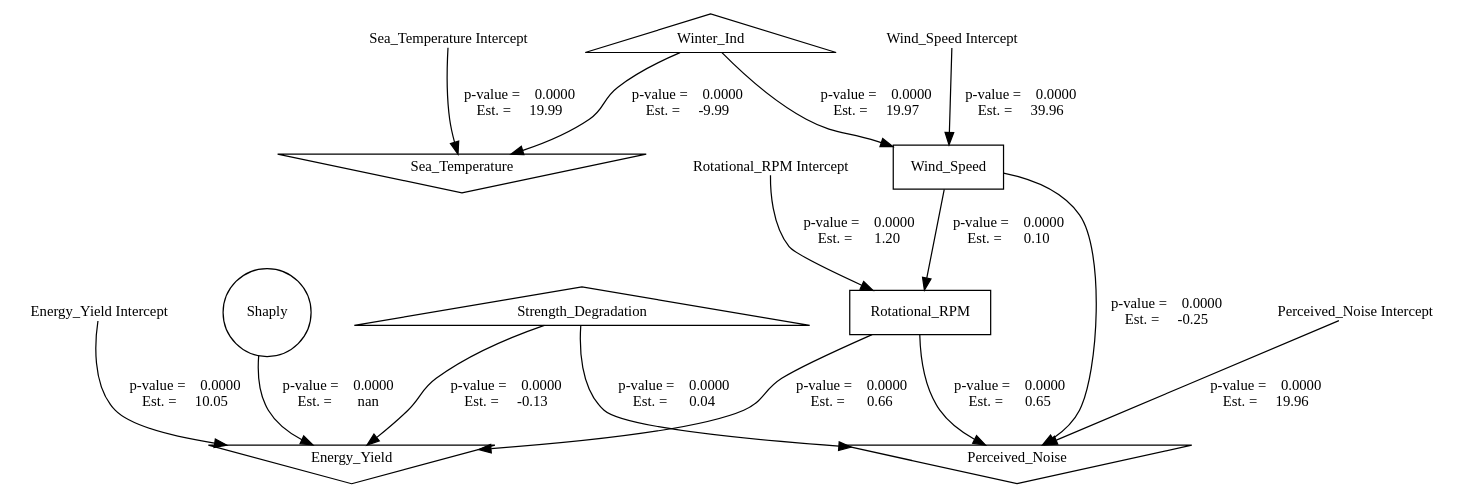
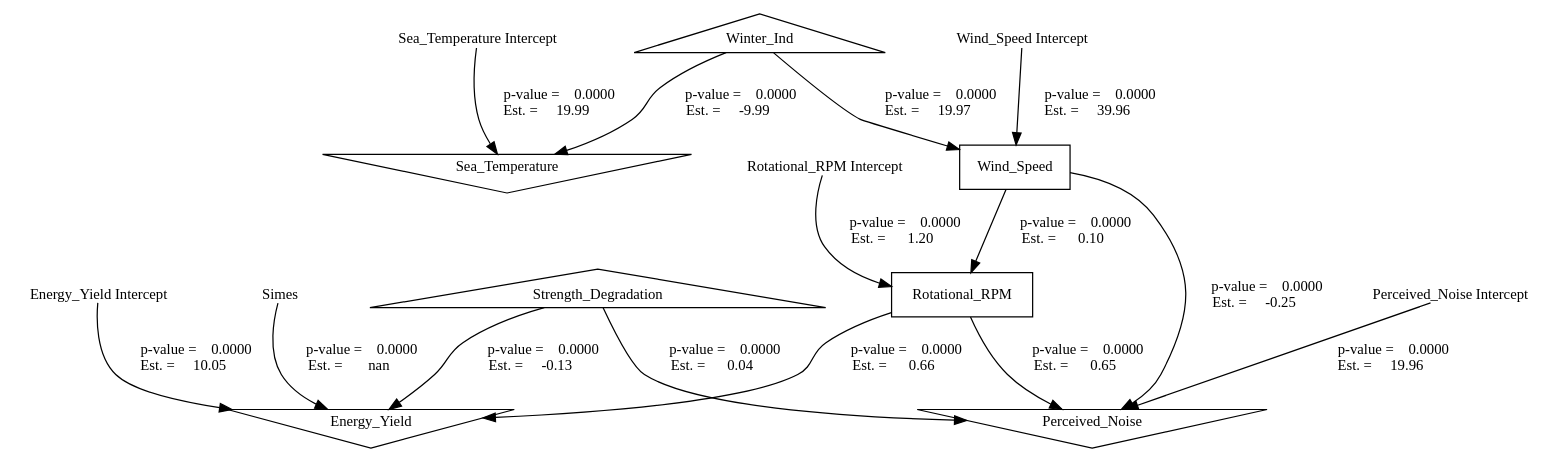
One commit to elikling/FDCR_causality changed the diagram in notebooks/FDCR_model_estimates_02.gv. Above: the diagram before and after it, drawn with Graphviz. The commit also changed 16 other files, not shown here.

```diff
--- a/notebooks/FDCR_model_estimates_02.gv
+++ b/notebooks/FDCR_model_estimates_02.gv
@@ -1,64 +1,64 @@
 digraph FDCR_model_estimates_02 {
 	overlap=scale
 	splines=True
 	edge [fontsize=12]
 	node [fillcolor=white]
 	node [color=black]
 	node [shape=""]
 	node [style=filled]
 	node [fontsize=12]
-	node [shape=circle]
-	Shaply [label=Shaply]
+	node [shape=plain]
+	Simes [label=Simes]
 	node [shape=triangle]
 	Winter_Ind [label=Winter_Ind]
 	Strength_Degradation [label=Strength_Degradation]
-	Shaply [label=Shaply]
+	Simes [label=Simes]
 	node [shape=invtriangle]
 	Sea_Temperature [label=Sea_Temperature]
 	Energy_Yield [label=Energy_Yield]
 	Perceived_Noise [label=Perceived_Noise]
 	node [shape=box]
 	Sea_Temperature [label=Sea_Temperature]
 	Wind_Speed [label=Wind_Speed]
 	Rotational_RPM [label=Rotational_RPM]
 	Energy_Yield [label=Energy_Yield]
 	Perceived_Noise [label=Perceived_Noise]
 	Winter_Ind [label=Winter_Ind]
 	Strength_Degradation [label=Strength_Degradation]
 	node [shape=plain]
 	node [fillcolor=white]
 	node [color=white]
 	"Sea_Temperature Intercept" [label="Sea_Temperature Intercept"]
 	"Wind_Speed Intercept" [label="Wind_Speed Intercept"]
 	"Rotational_RPM Intercept" [label="Rotational_RPM Intercept"]
 	"Energy_Yield Intercept" [label="Energy_Yield Intercept"]
 	"Perceived_Noise Intercept" [label="Perceived_Noise Intercept"]
-	"Sea_Temperature Intercept" -> Sea_Temperature [label="p-value =    0.0000
- Est. =     19.99" color=black lblstyle="above, sloped"]
-	Winter_Ind -> Sea_Temperature [label="p-value =    0.0000
- Est. =     -9.99" color=black lblstyle="above, sloped"]
-	"Wind_Speed Intercept" -> Wind_Speed [label="p-value =    0.0000
- Est. =     39.96" color=black lblstyle="above, sloped"]
-	Winter_Ind -> Wind_Speed [label="p-value =    0.0000
- Est. =     19.97" color=black lblstyle="above, sloped"]
-	"Rotational_RPM Intercept" -> Rotational_RPM [label="p-value =    0.0000
- Est. =      1.20" color=black lblstyle="above, sloped"]
-	Wind_Speed -> Rotational_RPM [label="p-value =    0.0000
- Est. =      0.10" color=black lblstyle="above, sloped"]
-	"Energy_Yield Intercept" -> Energy_Yield [label="p-value =    0.0000
- Est. =     10.05" color=black lblstyle="above, sloped"]
-	Rotational_RPM -> Energy_Yield [label="p-value =    0.0000
- Est. =      0.66" color=black lblstyle="above, sloped"]
-	Strength_Degradation -> Energy_Yield [label="p-value =    0.0000
- Est. =     -0.13" color=black lblstyle="above, sloped"]
-	"Perceived_Noise Intercept" -> Perceived_Noise [label="p-value =    0.0000
- Est. =     19.96" color=black lblstyle="above, sloped"]
-	Rotational_RPM -> Perceived_Noise [label="p-value =    0.0000
- Est. =      0.65" color=black lblstyle="above, sloped"]
-	Strength_Degradation -> Perceived_Noise [label="p-value =    0.0000
- Est. =      0.04" color=black lblstyle="above, sloped"]
-	Wind_Speed -> Perceived_Noise [label="p-value =    0.0000
- Est. =     -0.25" color=black lblstyle="above, sloped"]
-	Shaply -> Energy_Yield [label="p-value =    0.0000
- Est. =       nan" color=black lblstyle="above, sloped"]
+	"Sea_Temperature Intercept" -> Sea_Temperature [label="   p-value =    0.0000
+ Est. =     19.99     " color=black lblstyle="above, sloped"]
+	Winter_Ind -> Sea_Temperature [label="   p-value =    0.0000
+ Est. =     -9.99     " color=black lblstyle="above, sloped"]
+	"Wind_Speed Intercept" -> Wind_Speed [label="   p-value =    0.0000
+ Est. =     39.96     " color=black lblstyle="above, sloped"]
+	Winter_Ind -> Wind_Speed [label="   p-value =    0.0000
+ Est. =     19.97     " color=black lblstyle="above, sloped"]
+	"Rotational_RPM Intercept" -> Rotational_RPM [label="   p-value =    0.0000
+ Est. =      1.20     " color=black lblstyle="above, sloped"]
+	Wind_Speed -> Rotational_RPM [label="   p-value =    0.0000
+ Est. =      0.10     " color=black lblstyle="above, sloped"]
+	"Energy_Yield Intercept" -> Energy_Yield [label="   p-value =    0.0000
+ Est. =     10.05     " color=black lblstyle="above, sloped"]
+	Rotational_RPM -> Energy_Yield [label="   p-value =    0.0000
+ Est. =      0.66     " color=black lblstyle="above, sloped"]
+	Strength_Degradation -> Energy_Yield [label="   p-value =    0.0000
+ Est. =     -0.13     " color=black lblstyle="above, sloped"]
+	"Perceived_Noise Intercept" -> Perceived_Noise [label="   p-value =    0.0000
+ Est. =     19.96     " color=black lblstyle="above, sloped"]
+	Rotational_RPM -> Perceived_Noise [label="   p-value =    0.0000
+ Est. =      0.65     " color=black lblstyle="above, sloped"]
+	Strength_Degradation -> Perceived_Noise [label="   p-value =    0.0000
+ Est. =      0.04     " color=black lblstyle="above, sloped"]
+	Wind_Speed -> Perceived_Noise [label="   p-value =    0.0000
+ Est. =     -0.25     " color=black lblstyle="above, sloped"]
+	Simes -> Energy_Yield [label="   p-value =    0.0000
+ Est. =       nan     " color=black lblstyle="above, sloped"]
 }
```
